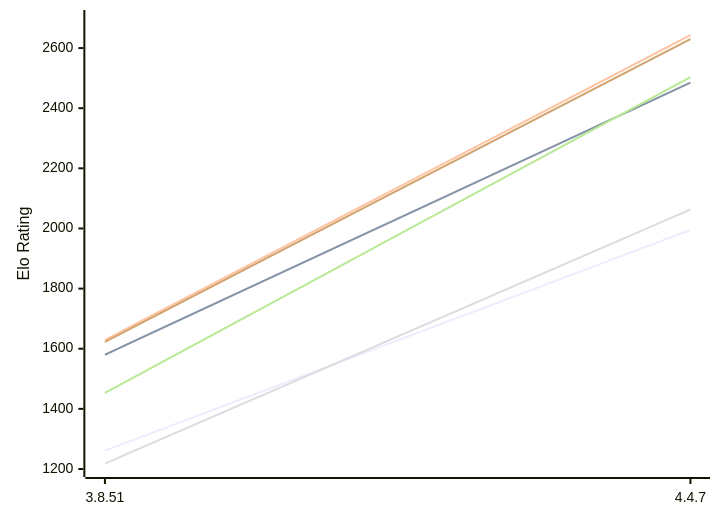
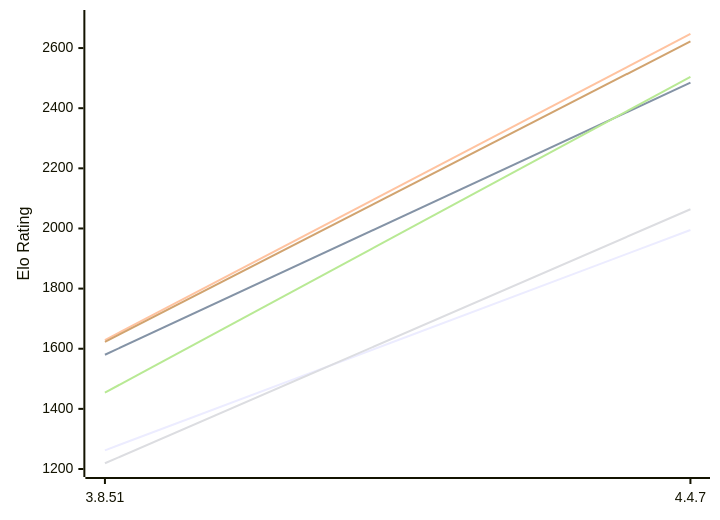
One commit to computer-chess-index/cci changed the first of 2 diagrams in engines/Scoria.md. Above: the diagram before and after it, drawn with Mermaid. The commit also changed other lines of this file, not shown here.

Commit message:
Update CCI Ratings (ELO VLTC) - 2026-11-20

````diff
--- a/engines/Scoria.md
+++ b/engines/Scoria.md
@@ -50,12 +50,12 @@
 ```mermaid
 %%{init: {"theme":"base","themeVariables":{"seriesColors:['#a3a3a3','#222221','#faa371']}}}%%
 xychart-beta
   x-axis ["3.8.51", "4.4.7"]
   y-axis "Elo Rating" 1200 --> 2700
-  line "E1: STC (8.0+0.08s)" [1261, 1995]
+  line "E1: STC (8.0+0.08s)" [1262, 1995]
   line "E1: LTC (60.0+0.60s)" [1580, 2485]
-  line "E1: VLTC (2m24s+1.12s)" [1629, 2643]
-  line "P1: STC (8.0+0.08s)" [1218, 2063]
-  line "P1: LTC (60.0+0.60s)" [1453, 2503]
-  line "P1: VLTC (2m24s+1.12s)" [1623, 2630]
+  line "E1: VLTC (2m24s+1.12s)" [1629, 2647]
+  line "P1: STC (8.0+0.08s)" [1219, 2064]
+  line "P1: LTC (60.0+0.60s)" [1454, 2504]
+  line "P1: VLTC (2m24s+1.12s)" [1623, 2622]
 ```
````
